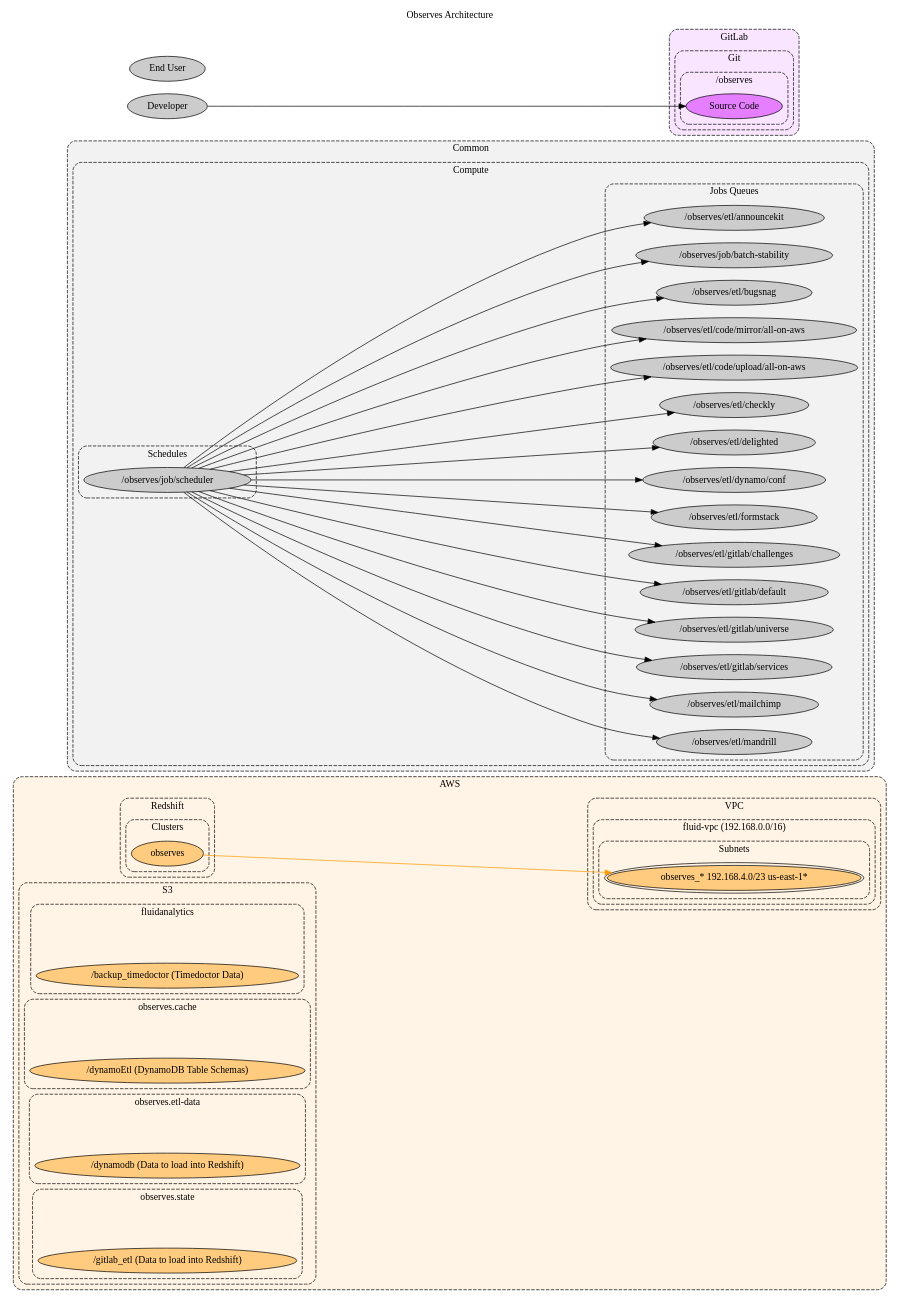
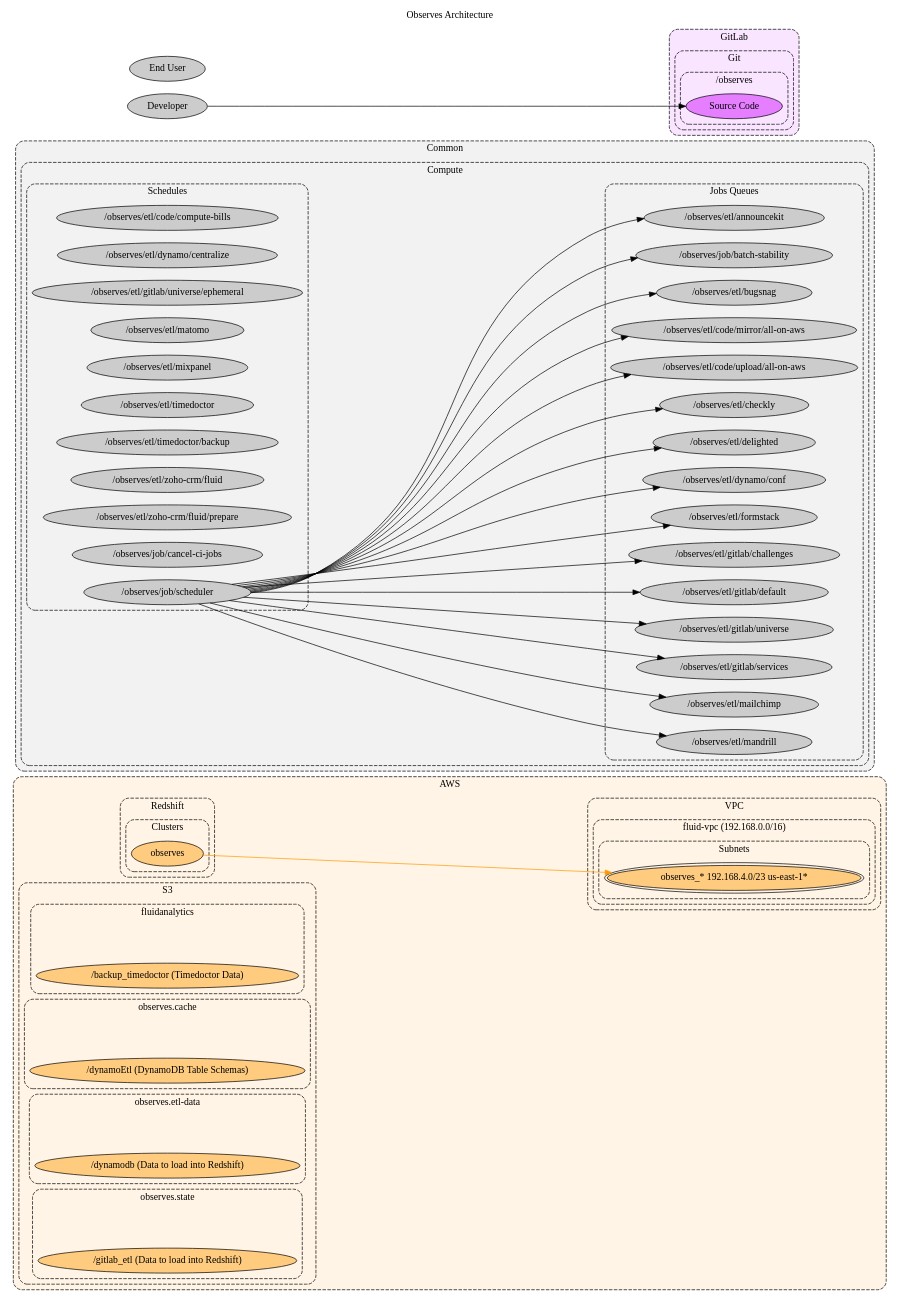
Before and after one commit to jeanbaptistemora/fluidattacks-universe2: the diagram in docs/src/docs/development/products/observes/arch.dot, drawn with Graphviz.

Commit message:
docs\feat(doc): #7581 observes arch
- Add the different etls that run on schedules

```diff
--- a/docs/src/docs/development/products/observes/arch.dot
+++ b/docs/src/docs/development/products/observes/arch.dot
@@ -1,161 +1,171 @@
 // SPDX-FileCopyrightText: 2022 Fluid Attacks <development@fluidattacks.com>
 //
 // SPDX-License-Identifier: MPL-2.0
 
 digraph observes {
   label="Observes Architecture"
   labelloc="t"
   compound="true"
   concentrate="true"
   ranksep="6.0"
   rankdir="LR"
   scale="scalexy"
 
   node[style="filled"]
   graph[style="dashed,rounded"]
 
   subgraph cluster_aws {
     label="AWS"
     bgcolor="0.1 0.1 1.0"
     node[fillcolor="0.1 0.5 1.0"]
 
     subgraph cluster_aws_redshift {
       label="Redshift"
 
       subgraph cluster_aws_redshift_clusters {
         label="Clusters"
 
         aws_redshift_clusters_observes[label="observes"]
       }
     }
 
     subgraph cluster_aws_s3 {
       label="S3"
 
       subgraph cluster_aws_s3_fluidanalytics {
         label="fluidanalytics"
 
         cluster_aws_s3_fluidanalytics[label="" style="invis"]
 
         aws_s3_fluidanalytics_backup_timedoctor[label="/backup_timedoctor (Timedoctor Data)"]
       }
 
       subgraph cluster_aws_s3_observes_cache {
         label="observes.cache"
 
         cluster_aws_s3_observes_cache[label="" style="invis"]
 
         aws_s3_observes_cache_dynamo_etl[label="/dynamoEtl (DynamoDB Table Schemas)"]
       }
 
       subgraph cluster_aws_s3_observes_etl_data {
         label="observes.etl-data"
 
         cluster_aws_s3_observes_etl_data[label="" style="invis"]
 
         aws_s3_observes_etl_data_dynamodb[label="/dynamodb (Data to load into Redshift)"]
       }
 
       subgraph cluster_aws_s3_observes_state {
         label="observes.state"
 
         cluster_aws_s3_observes_state[label="" style="invis"]
 
         aws_s3_observes_state_gitlab_etl[label="/gitlab_etl (Data to load into Redshift)"]
       }
     }
 
     subgraph cluster_aws_vpc {
       label="VPC"
 
       subgraph cluster_aws_vpc_fluid_vpc {
         label="fluid-vpc (192.168.0.0/16)"
 
         subgraph cluster_aws_vpc_fluid_vpc_subnets {
           label="Subnets"
 
           cluster_aws_vpc_fluid_vpc_subnets_observes[label="observes_* 192.168.4.0/23 us-east-1*" peripheries="2"]
         }
       }
     }
   }
 
   subgraph cluster_common {
     label="Common"
     bgcolor="0.0 0.0 0.95"
     node[fillcolor="0.0 0.0 0.8"]
 
     subgraph cluster_common_compute {
       label="Compute"
 
       subgraph cluster_common_compute_job_queues {
         label="Jobs Queues"
 
         common_compute_schedules_observes_etl_announcekit[label="/observes/etl/announcekit"]
         common_compute_schedules_observes_job_batch_stability[label="/observes/job/batch-stability"]
         common_compute_schedules_observes_etl_bugsnag[label="/observes/etl/bugsnag"]
         common_compute_schedules_observes_etl_code_mirror_all_on_aws[label="/observes/etl/code/mirror/all-on-aws"]
         common_compute_schedules_observes_etl_code_upload_all_on_aws[label="/observes/etl/code/upload/all-on-aws"]
         common_compute_schedules_observes_etl_checkly[label="/observes/etl/checkly"]
         common_compute_schedules_observes_etl_delighted[label="/observes/etl/delighted"]
         common_compute_schedules_observes_etl_dynamo_conf[label="/observes/etl/dynamo/conf"]
         common_compute_schedules_observes_etl_formstack[label="/observes/etl/formstack"]
         common_compute_schedules_observes_etl_gitlab_challenges[label="/observes/etl/gitlab/challenges"]
         common_compute_schedules_observes_etl_gitlab_default[label="/observes/etl/gitlab/default"]
         common_compute_schedules_observes_etl_gitlab_universe[label="/observes/etl/gitlab/universe"]
         common_compute_schedules_observes_etl_gitlab_services[label="/observes/etl/gitlab/services"]
         common_compute_schedules_observes_etl_mailchimp[label="/observes/etl/mailchimp"]
         common_compute_schedules_observes_etl_mandrill[label="/observes/etl/mandrill"]
       }
 
       subgraph cluster_common_compute_schedules {
         label="Schedules"
 
+        common_compute_schedules_observes_etl_code_compute_bills[label="/observes/etl/code/compute-bills"]
+        common_compute_schedules_observes_etl_dynamo_centralize[label="/observes/etl/dynamo/centralize"]
+        common_compute_schedules_observes_etl_gitlab_universe_ephemeral[label="/observes/etl/gitlab/universe/ephemeral"]
+        common_compute_schedules_observes_etl_matomo[label="/observes/etl/matomo"]
+        common_compute_schedules_observes_etl_mixpanel[label="/observes/etl/mixpanel"]
+        common_compute_schedules_observes_etl_timedoctor[label="/observes/etl/timedoctor"]
+        common_compute_schedules_observes_etl_timedoctor_backup[label="/observes/etl/timedoctor/backup"]
+        common_compute_schedules_observes_etl_zoho_crm_fluid[label="/observes/etl/zoho-crm/fluid"]
+        common_compute_schedules_observes_etl_zoho_crm_fluid_prepare[label="/observes/etl/zoho-crm/fluid/prepare"]
+        common_compute_schedules_observes_job_cancel_ci_jobs[label="/observes/job/cancel-ci-jobs"]
         common_compute_schedules_observes_job_scheduler[label="/observes/job/scheduler"]
       }
     }
   }
 
   subgraph cluster_gitlab {
     label="GitLab"
     bgcolor="0.8 0.1 1.0"
     node[fillcolor="0.8 0.5 1.0"]
 
     subgraph cluster_gitlab_git {
       label="Git"
 
       subgraph cluster_gitlab_observes {
         label="/observes"
 
         gitlab_observes[label="Source Code"]
       }
     }
   }
 
   node[fillcolor="0.0 0.0 0.8"]
   end_user[label="End User"]
   developer[label="Developer"]
 
   edge[color="0.1 1.0 1.0"]
   aws_redshift_clusters_observes -> cluster_aws_vpc_fluid_vpc_subnets_observes[]
 
   edge[color="0.8 1.0 1.0"]
 
   edge[color="0.0 0.0 0.0"]
   developer -> gitlab_observes[]
   common_compute_schedules_observes_job_scheduler -> common_compute_schedules_observes_etl_announcekit[]
   common_compute_schedules_observes_job_scheduler -> common_compute_schedules_observes_job_batch_stability[]
   common_compute_schedules_observes_job_scheduler -> common_compute_schedules_observes_etl_bugsnag[]
   common_compute_schedules_observes_job_scheduler -> common_compute_schedules_observes_etl_code_mirror_all_on_aws[]
   common_compute_schedules_observes_job_scheduler -> common_compute_schedules_observes_etl_code_upload_all_on_aws[]
   common_compute_schedules_observes_job_scheduler -> common_compute_schedules_observes_etl_checkly[]
   common_compute_schedules_observes_job_scheduler -> common_compute_schedules_observes_etl_delighted[]
   common_compute_schedules_observes_job_scheduler -> common_compute_schedules_observes_etl_dynamo_conf[]
   common_compute_schedules_observes_job_scheduler -> common_compute_schedules_observes_etl_formstack[]
   common_compute_schedules_observes_job_scheduler -> common_compute_schedules_observes_etl_gitlab_challenges[]
   common_compute_schedules_observes_job_scheduler -> common_compute_schedules_observes_etl_gitlab_default[]
   common_compute_schedules_observes_job_scheduler -> common_compute_schedules_observes_etl_gitlab_universe[]
   common_compute_schedules_observes_job_scheduler -> common_compute_schedules_observes_etl_gitlab_services[]
   common_compute_schedules_observes_job_scheduler -> common_compute_schedules_observes_etl_mailchimp[]
   common_compute_schedules_observes_job_scheduler -> common_compute_schedules_observes_etl_mandrill[]
 }
```
